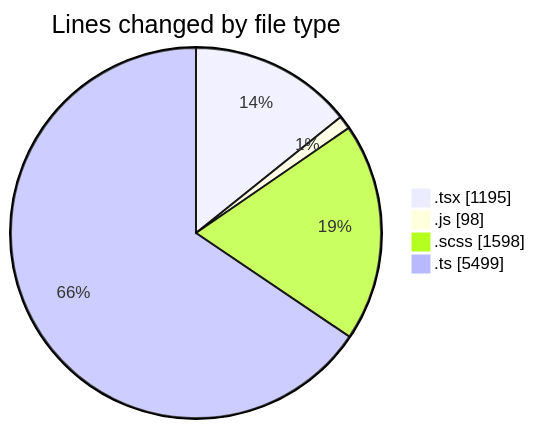
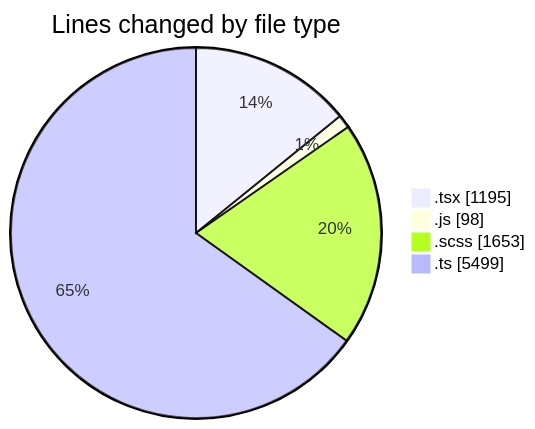
Before and after one commit to momahboobian/code-tracking: the first of 2 diagrams in 2025-03-31/cda/README.md, drawn with Mermaid. The commit also changed other lines of this file and 1 other file, not shown here.

````diff
--- a/2025-03-31/cda/README.md
+++ b/2025-03-31/cda/README.md
@@ -39,8 +39,8 @@
 ```mermaid
 pie showData
 title Lines changed by file type
 ".tsx" : 1195
 ".js" : 98
-".scss" : 1598
+".scss" : 1653
 ".ts" : 5499
 ```
````
